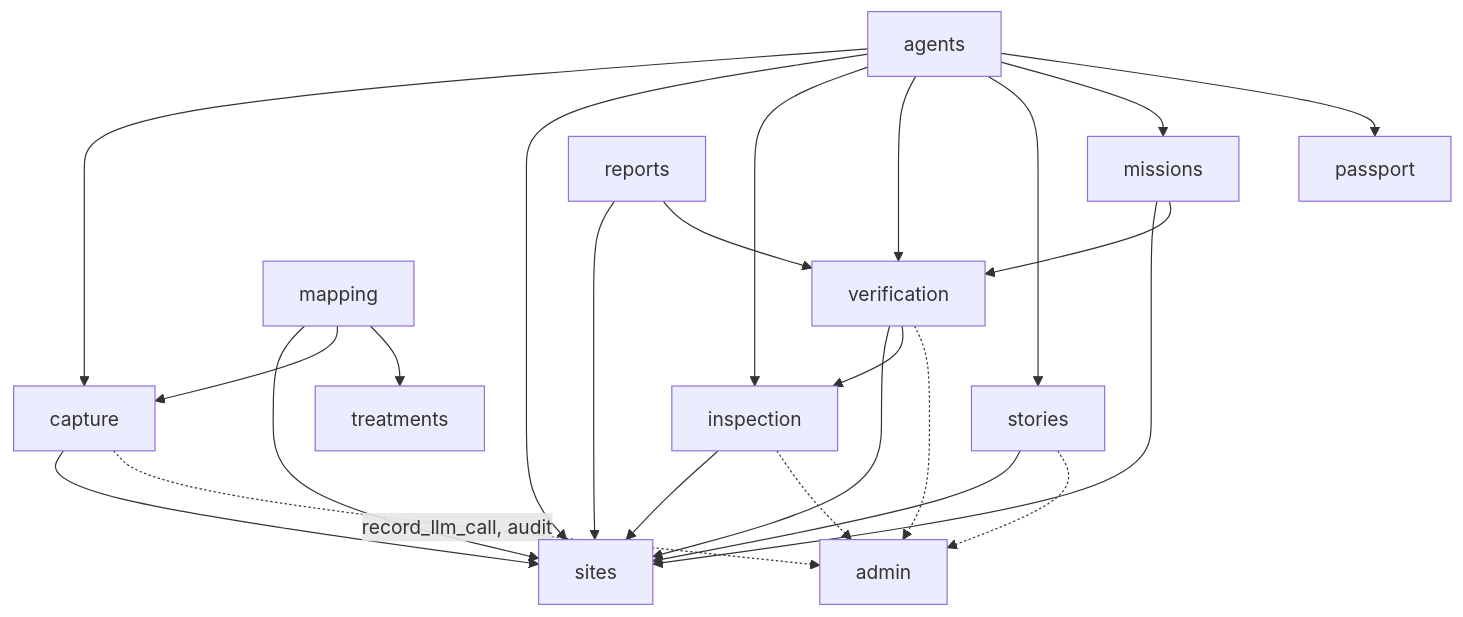
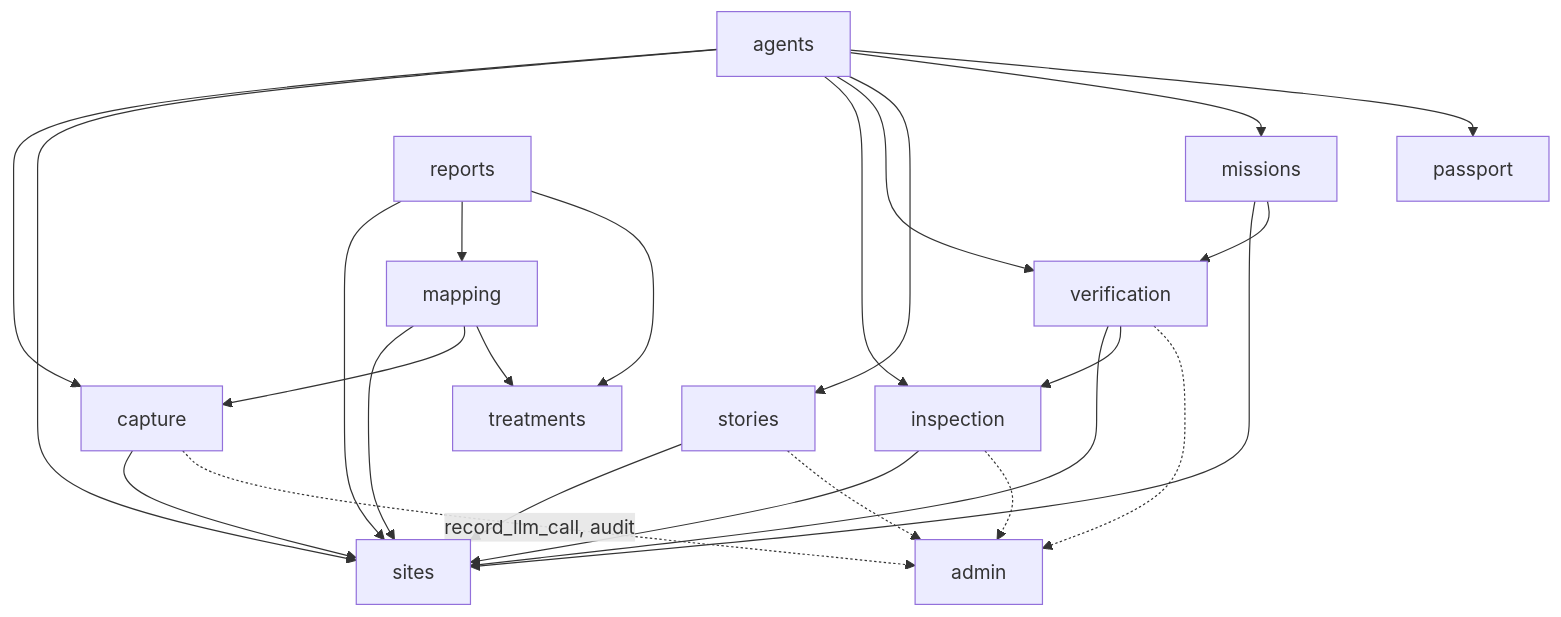
One commit to Muath477/Athar changed the first of 8 diagrams in docs/03-architecture.md. Above: the diagram before and after it, drawn with Mermaid. The commit also changed other lines of this file and 21 other files, not shown here.

````diff
--- a/docs/03-architecture.md
+++ b/docs/03-architecture.md
@@ -42,26 +42,27 @@
 ```mermaid
 flowchart TD
   agents --> capture
   agents --> sites
   agents --> inspection
   agents --> verification
   agents --> stories
   agents --> missions
   agents --> passport
   capture --> sites
   inspection --> sites
   verification --> sites
   verification --> inspection
   stories --> sites
   missions --> sites
   missions --> verification
   reports --> sites
-  reports --> verification
+  reports --> mapping
+  reports --> treatments
   mapping --> sites
   mapping --> capture
   mapping --> treatments
   capture -.->|record_llm_call, audit| admin
   inspection -.-> admin
   verification -.-> admin
   stories -.-> admin
 ```
````
